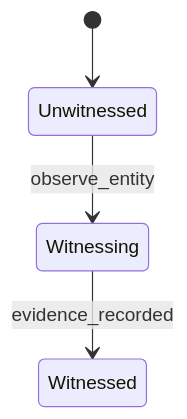
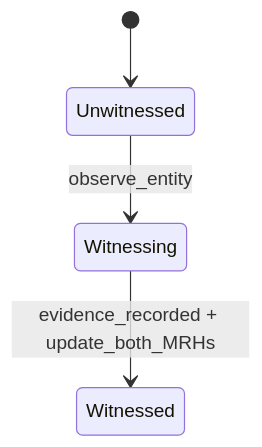
One commit to dp-web4/web4 changed the third of 4 diagrams in web4-standard/protocols/web4-entity-relationships.md. Above: the diagram before and after it, drawn with Mermaid. The commit also changed other lines of this file and 3 other files, not shown here.

````diff
--- a/web4-standard/protocols/web4-entity-relationships.md
+++ b/web4-standard/protocols/web4-entity-relationships.md
@@ -85,6 +101,6 @@
 ```mermaid
 stateDiagram-v2
     [*] --> Unwitnessed
     Unwitnessed --> Witnessing: observe_entity
-    Witnessing --> Witnessed: evidence_recorded
+    Witnessing --> Witnessed: evidence_recorded + update_both_MRHs
 ```
````
